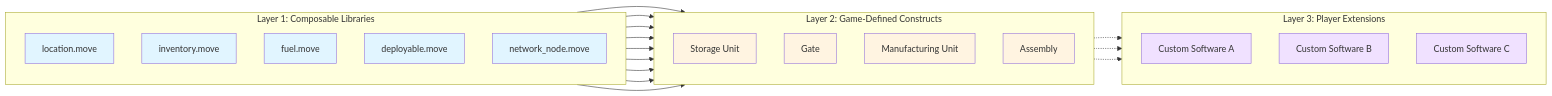
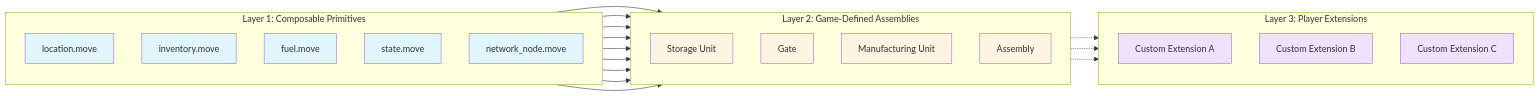
One commit to evefrontier/world-contracts changed the diagram in docs/architechture.md. Above: the diagram before and after it, drawn with Mermaid. The commit also changed other lines of this file, not shown here.

````diff
--- a/docs/architechture.md
+++ b/docs/architechture.md
@@ -133,49 +133,49 @@
 ```mermaid
 graph LR
-    subgraph Layer1["Layer 1: Composable Libraries"]
+    subgraph Layer1["Layer 1: Composable Primitives"]
         direction TB
         L1[location.move]
         L2[inventory.move]
         L3[fuel.move]
-        L4[deployable.move]
+        L4[state.move]
         L5[network_node.move]
     end
     
-    subgraph Layer2["Layer 2: Game-Defined Constructs"]
+    subgraph Layer2["Layer 2: Game-Defined Assemblies"]
         direction TB
         C1[Storage Unit]
         C2[Gate]
         C3[Manufacturing Unit]
         C4[Assembly]
     end
     
     subgraph Layer3["Layer 3: Player Extensions"]
         direction TB
-        PE1[Custom Software A]
-        PE2[Custom Software B]
-        PE3[Custom Software C]
+        PE1[Custom Extension A]
+        PE2[Custom Extension B]
+        PE3[Custom Extension C]
     end
     
     L1 --> C1 & C2
     L2 --> C1 & C3
     L3 --> C1 & C2 & C3
     L4 --> C4
     L5 --> C2
     
     C1 -.-> PE1
     C2 -.-> PE2
     C3 -.-> PE3
     
     style L1 fill:#e1f5ff
     style L2 fill:#e1f5ff
     style L3 fill:#e1f5ff
     style L4 fill:#e1f5ff
     style L5 fill:#e1f5ff
     style C1 fill:#fff4e1
     style C2 fill:#fff4e1
     style C3 fill:#fff4e1
     style C4 fill:#fff4e1
     style PE1 fill:#f0e1ff
     style PE2 fill:#f0e1ff
     style PE3 fill:#f0e1ff
 ```
````
